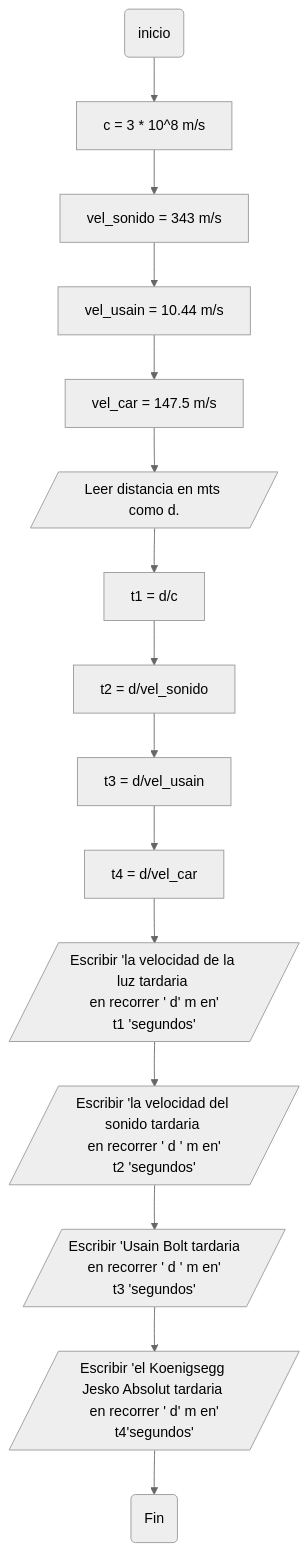
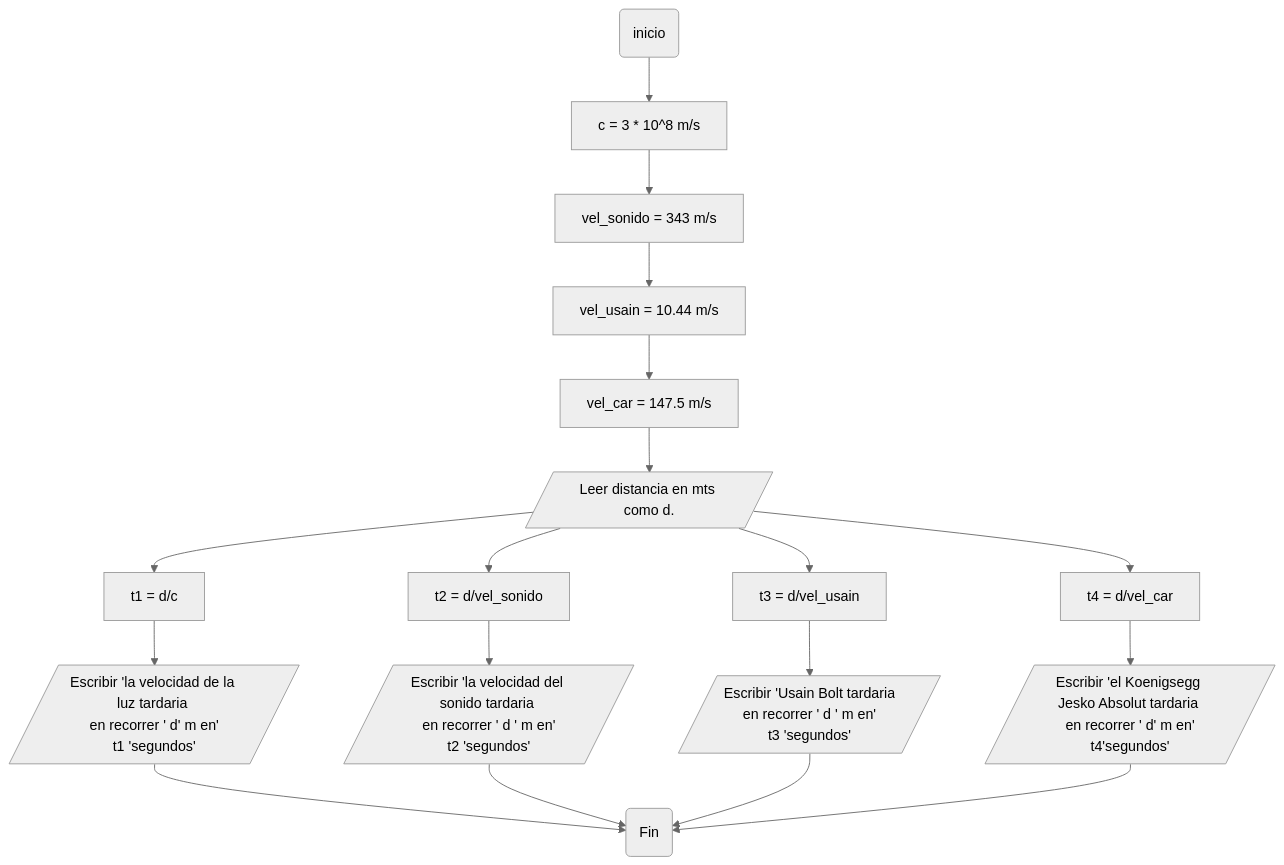
Before and after one commit to abellol/Taller_1_PDC: the second of 2 diagrams in README.md, drawn with Mermaid (neutral theme).

````diff
--- a/README.md
+++ b/README.md
@@ -175,41 +175,40 @@
 ```mermaid
- flowchart TD
+flowchart TD
 A(inicio)
 B[c = 3 * 10^8 m/s]
 C[vel_sonido = 343 m/s]
 D[vel_usain = 10.44 m/s]
 E[vel_car = 147.5 m/s]
 F[/Leer distancia en mts como d./]
 G[t1 = d/c]
 H[t2 = d/vel_sonido]
 I[t3 = d/vel_usain]
 J[t4 = d/vel_car]
 K[/Escribir 'la velocidad de la luz tardaria 
 en recorrer ' d' m en'
 t1 'segundos'/]
 L[/Escribir 'la velocidad del sonido tardaria 
 en recorrer ' d ' m en'
 t2 'segundos'/]
 M[/Escribir 'Usain Bolt tardaria 
 en recorrer ' d ' m en'
 t3 'segundos'/]
 N[/Escribir 'el Koenigsegg Jesko Absolut tardaria 
 en recorrer ' d' m en'
 t4'segundos'/]
 Z(Fin)
 
 A --> B
 B --> C
 C --> D
 D --> E
 E --> F
 F --> G
-G --> H
-H --> I
-I --> J 
-J --> K
-K --> L
-L --> M
-M --> N
-N --> Z
+F --> H
+F --> I
+F --> J 
+G --> K--> Z
+H --> L--> Z
+I --> M--> Z
+J --> N --> Z
   ```
````
